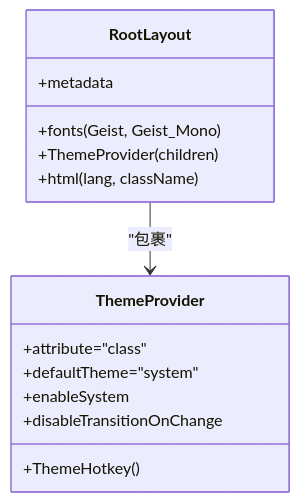
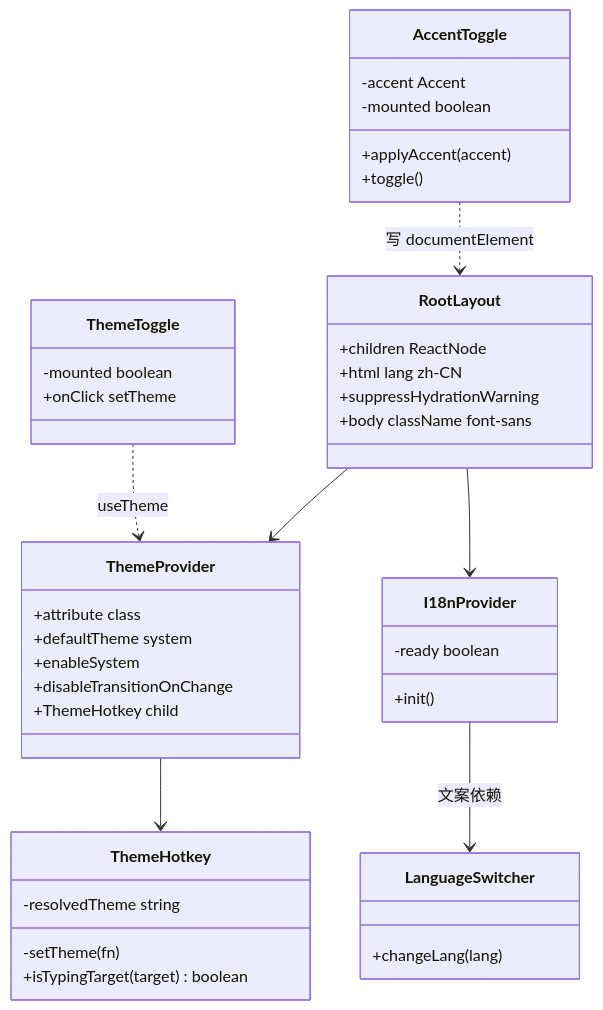
One commit to x01n/My-OpenWaf changed the second of 6 diagrams in docs/前端管理界面/Next.js 架构设计/根布局与主题系统.md. Above: the diagram before and after it, drawn with Mermaid. The commit also changed other lines of this file and 622 other files, not shown here.

````diff
--- a/docs/前端管理界面/Next.js 架构设计/根布局与主题系统.md
+++ b/docs/前端管理界面/Next.js 架构设计/根布局与主题系统.md
@@ -151,17 +186,44 @@
 ```mermaid
 classDiagram
-class RootLayout {
-+metadata
-+fonts(Geist, Geist_Mono)
-+ThemeProvider(children)
-+html(lang, className)
-}
-class ThemeProvider {
-+attribute="class"
-+defaultTheme="system"
-+enableSystem
-+disableTransitionOnChange
-+ThemeHotkey()
-}
-RootLayout --> ThemeProvider : "包裹"
+  class RootLayout {
+    +children ReactNode
+    +html lang zh-CN
+    +suppressHydrationWarning
+    +body className font-sans
+  }
+  class ThemeProvider {
+    +attribute class
+    +defaultTheme system
+    +enableSystem
+    +disableTransitionOnChange
+    +ThemeHotkey child
+  }
+  class ThemeHotkey {
+    -resolvedTheme string
+    -setTheme(fn)
+    +isTypingTarget(target) boolean
+  }
+  class ThemeToggle {
+    -mounted boolean
+    +onClick setTheme
+  }
+  class AccentToggle {
+    -accent Accent
+    -mounted boolean
+    +applyAccent(accent)
+    +toggle()
+  }
+  class I18nProvider {
+    -ready boolean
+    +init()
+  }
+  class LanguageSwitcher {
+    +changeLang(lang)
+  }
+  RootLayout --> ThemeProvider
+  RootLayout --> I18nProvider
+  ThemeProvider --> ThemeHotkey
+  I18nProvider --> LanguageSwitcher : 文案依赖
+  ThemeToggle ..> ThemeProvider : useTheme
+  AccentToggle ..> RootLayout : 写 documentElement
 ```
````
